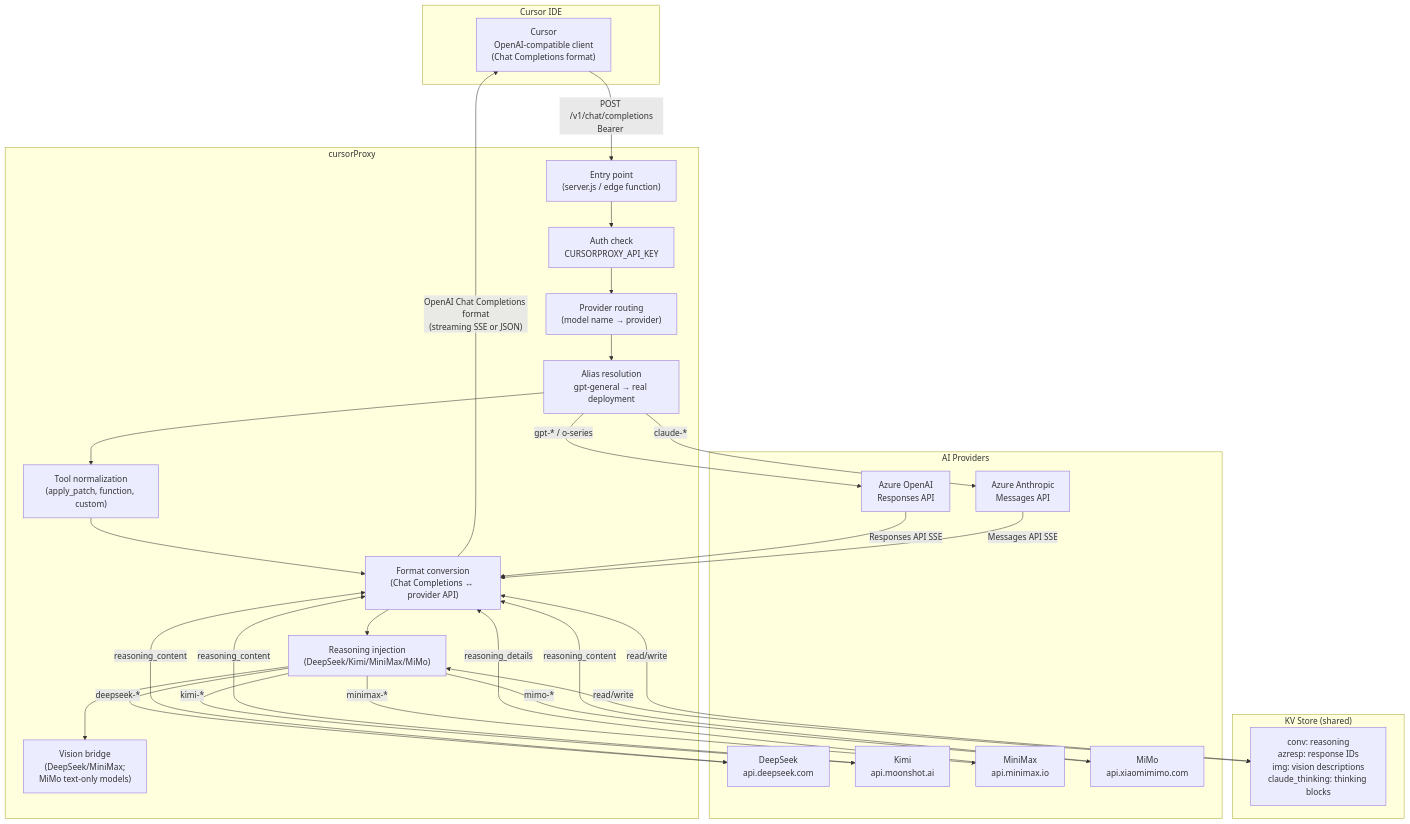
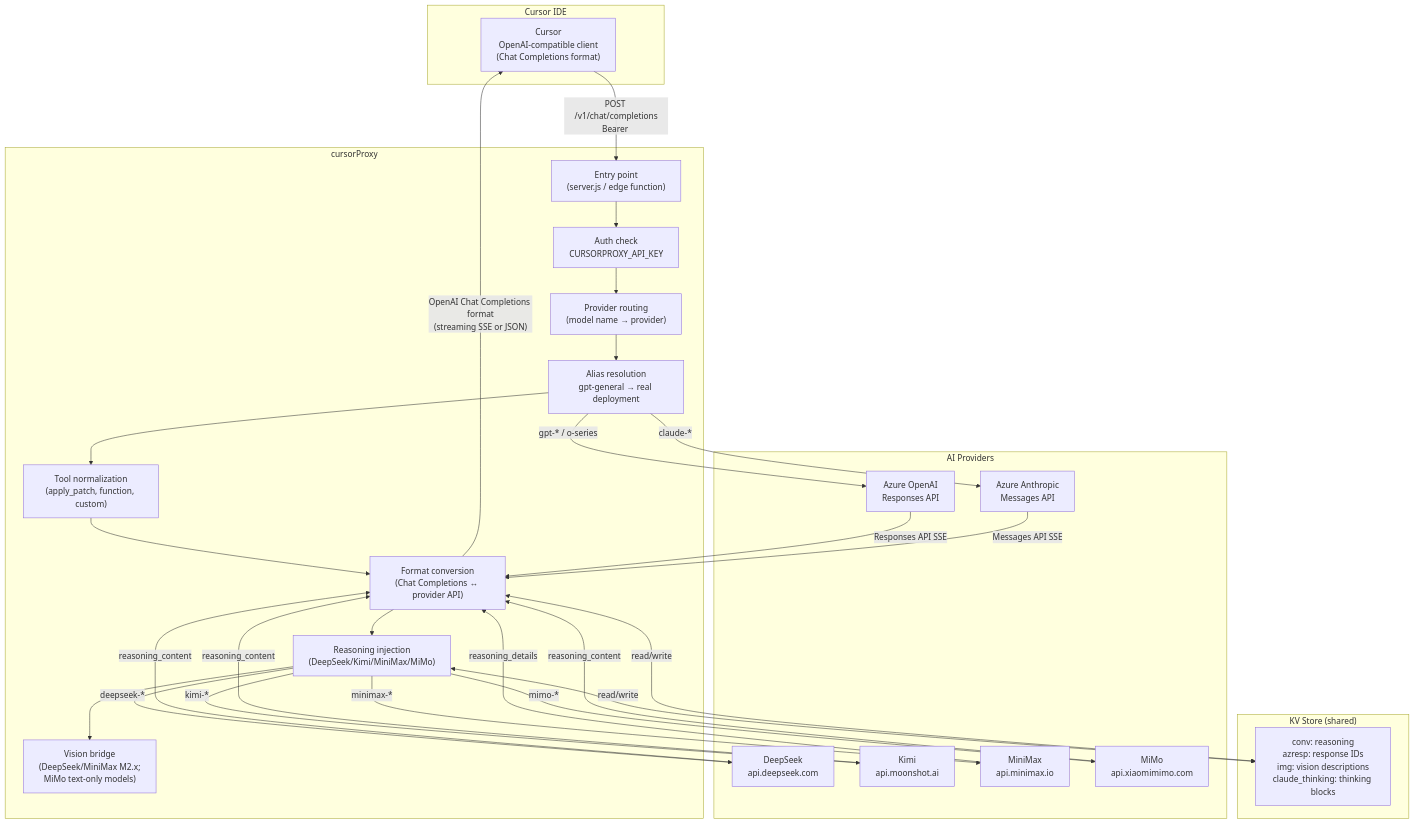
One commit to lqdflying/cursorProxy changed the first of 4 diagrams in doc/architecture-overview.md. Above: the diagram before and after it, drawn with Mermaid. The commit also changed other lines of this file and 9 other files, not shown here.

First line of the commit message:
Add MiniMax M3 support with native multimodal vision and thinking mode.

````diff
--- a/doc/architecture-overview.md
+++ b/doc/architecture-overview.md
@@ -5,53 +5,53 @@
 ```mermaid
 flowchart TD
     subgraph "Cursor IDE"
         CUR["Cursor\nOpenAI-compatible client\n(Chat Completions format)"]
     end
 
     subgraph "cursorProxy"
         EP["Entry point\n(server.js / edge function)"]
         AUTH["Auth check\nCURSORPROXY_API_KEY"]
         ROUTE["Provider routing\n(model name → provider)"]
         ALIAS["Alias resolution\ngpt-general → real deployment"]
         TOOLS["Tool normalization\n(apply_patch, function, custom)"]
         FMT["Format conversion\n(Chat Completions ↔ provider API)"]
-        VB["Vision bridge\n(DeepSeek/MiniMax;\nMiMo text-only models)"]
+        VB["Vision bridge\n(DeepSeek/MiniMax M2.x;\nMiMo text-only models)"]
         RSN["Reasoning injection\n(DeepSeek/Kimi/MiniMax/MiMo)"]
     end
 
     subgraph "KV Store (shared)"
         KV["conv: reasoning\nazresp: response IDs\nimg: vision descriptions\nclaude_thinking: thinking blocks"]
     end
 
     subgraph "AI Providers"
         DS["DeepSeek\napi.deepseek.com"]
         KI["Kimi\napi.moonshot.ai"]
         MM["MiniMax\napi.minimax.io"]
         MI["MiMo\napi.xiaomimimo.com"]
         AO["Azure OpenAI\nResponses API"]
         AA["Azure Anthropic\nMessages API"]
     end
 
     CUR -->|"POST /v1/chat/completions\nBearer <CURSORPROXY_API_KEY>"| EP
     EP --> AUTH --> ROUTE --> ALIAS
     ALIAS --> TOOLS --> FMT
     FMT --> RSN --> VB
     RSN <-->|read/write| KV
     FMT <-->|read/write| KV
 
     RSN -->|deepseek-*| DS
     RSN -->|kimi-*| KI
     RSN -->|minimax-*| MM
     RSN -->|mimo-*| MI
     ALIAS -->|gpt-* / o-series| AO
     ALIAS -->|claude-*| AA
 
     DS -->|reasoning_content| FMT
     KI -->|reasoning_content| FMT
     MM -->|reasoning_details| FMT
     MI -->|reasoning_content| FMT
     AO -->|Responses API SSE| FMT
     AA -->|Messages API SSE| FMT
 
     FMT -->|"OpenAI Chat Completions format\n(streaming SSE or JSON)"| CUR
 ```
````
